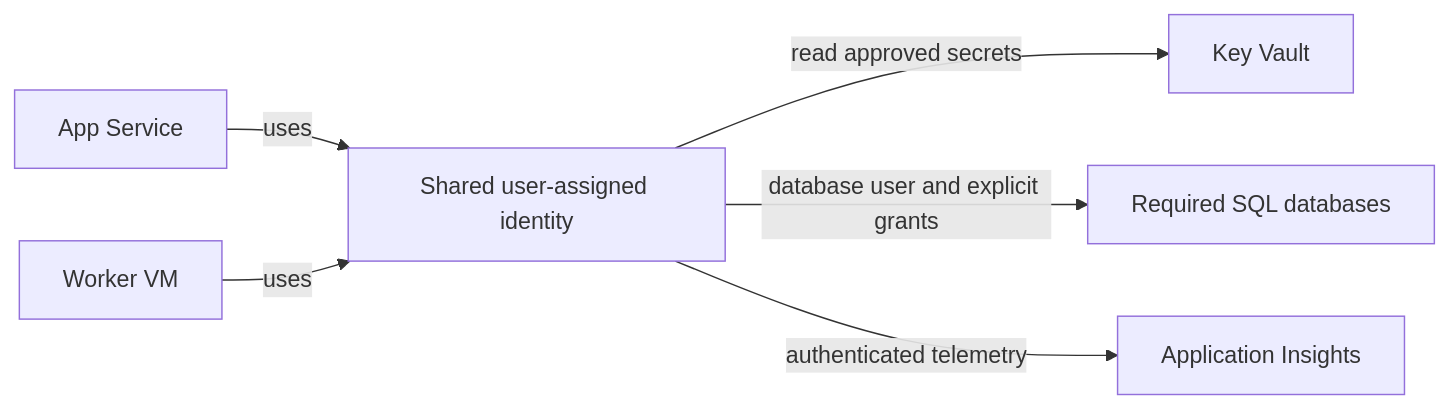
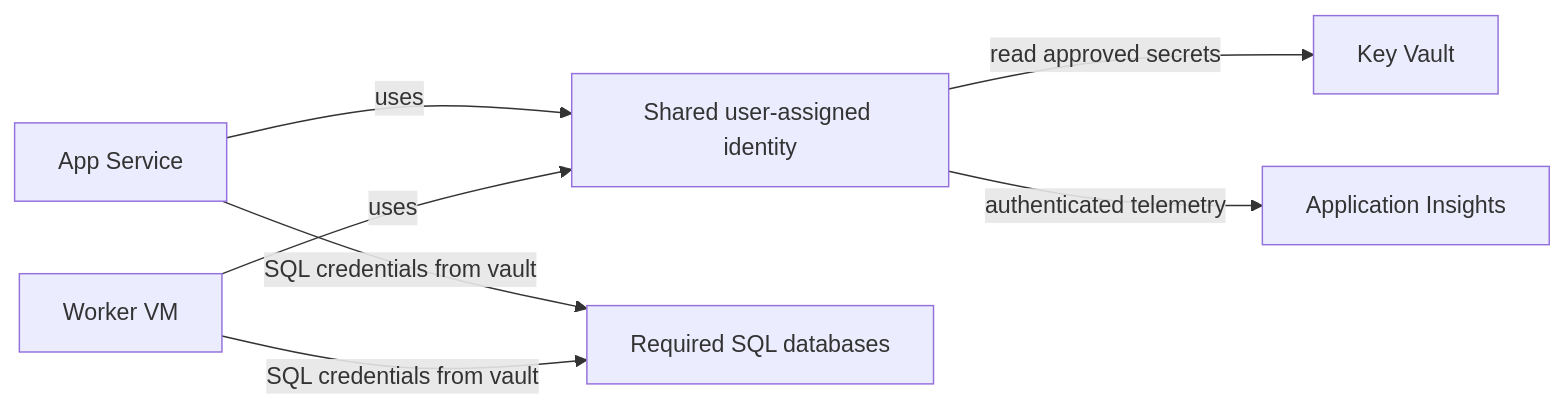
Before and after one commit to laxmikantmishra/devops_infra_build_setup: the diagram in docs/managed-identity.md, drawn with Mermaid. The commit also changed other lines of this file and 6 other files, not shown here.

````diff
--- a/docs/managed-identity.md
+++ b/docs/managed-identity.md
@@ -7,8 +7,9 @@
 ```mermaid
 flowchart LR
     Web[App Service] -->|uses| Identity[Shared user-assigned identity]
     Worker[Worker VM] -->|uses| Identity
     Identity -->|read approved secrets| Vault[Key Vault]
-    Identity -->|database user and explicit grants| SQL[Required SQL databases]
+    Web -->|SQL credentials from vault| SQL[Required SQL databases]
+    Worker -->|SQL credentials from vault| SQL
     Identity -->|authenticated telemetry| Insights[Application Insights]
 ```
````
